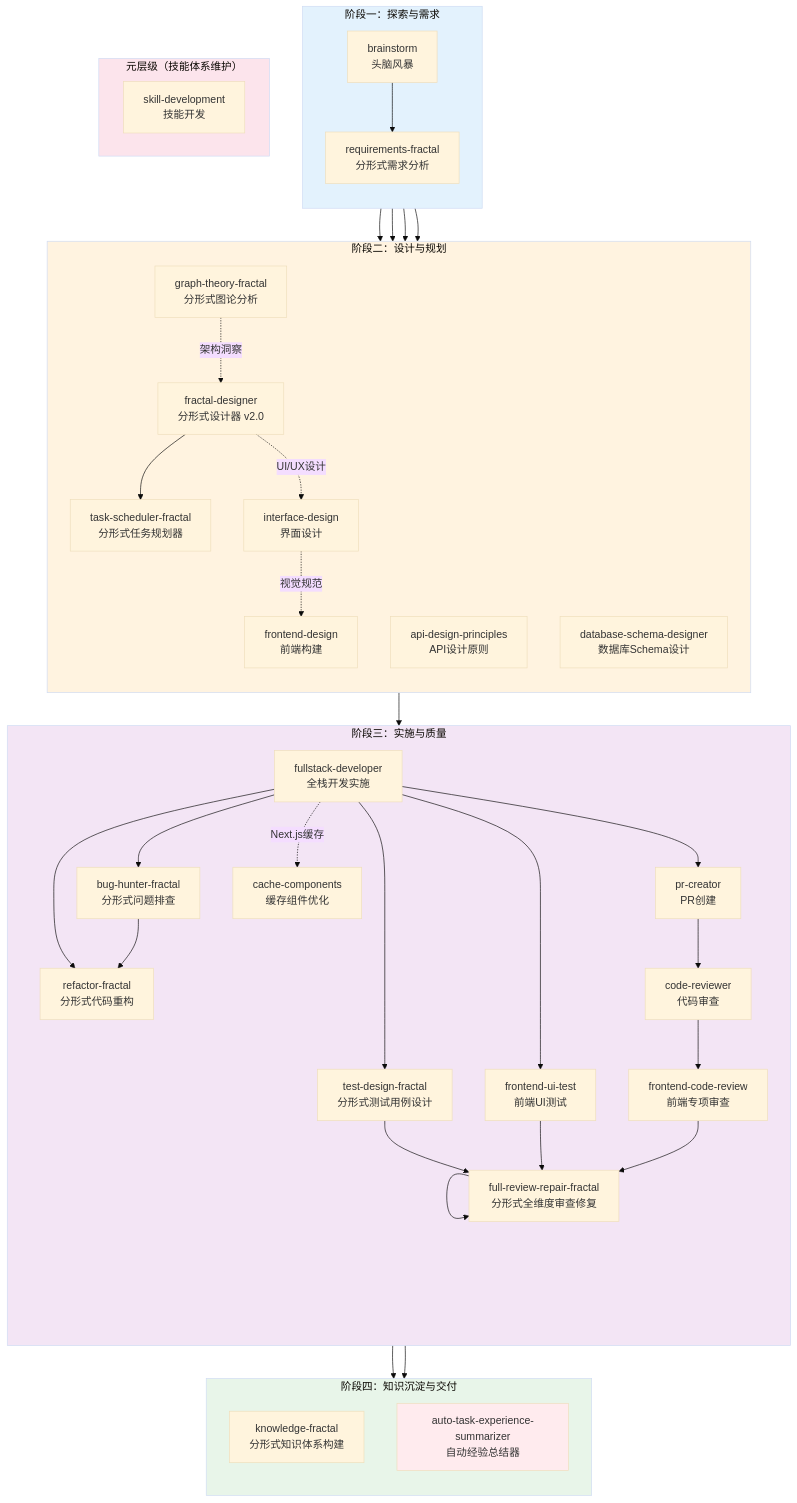
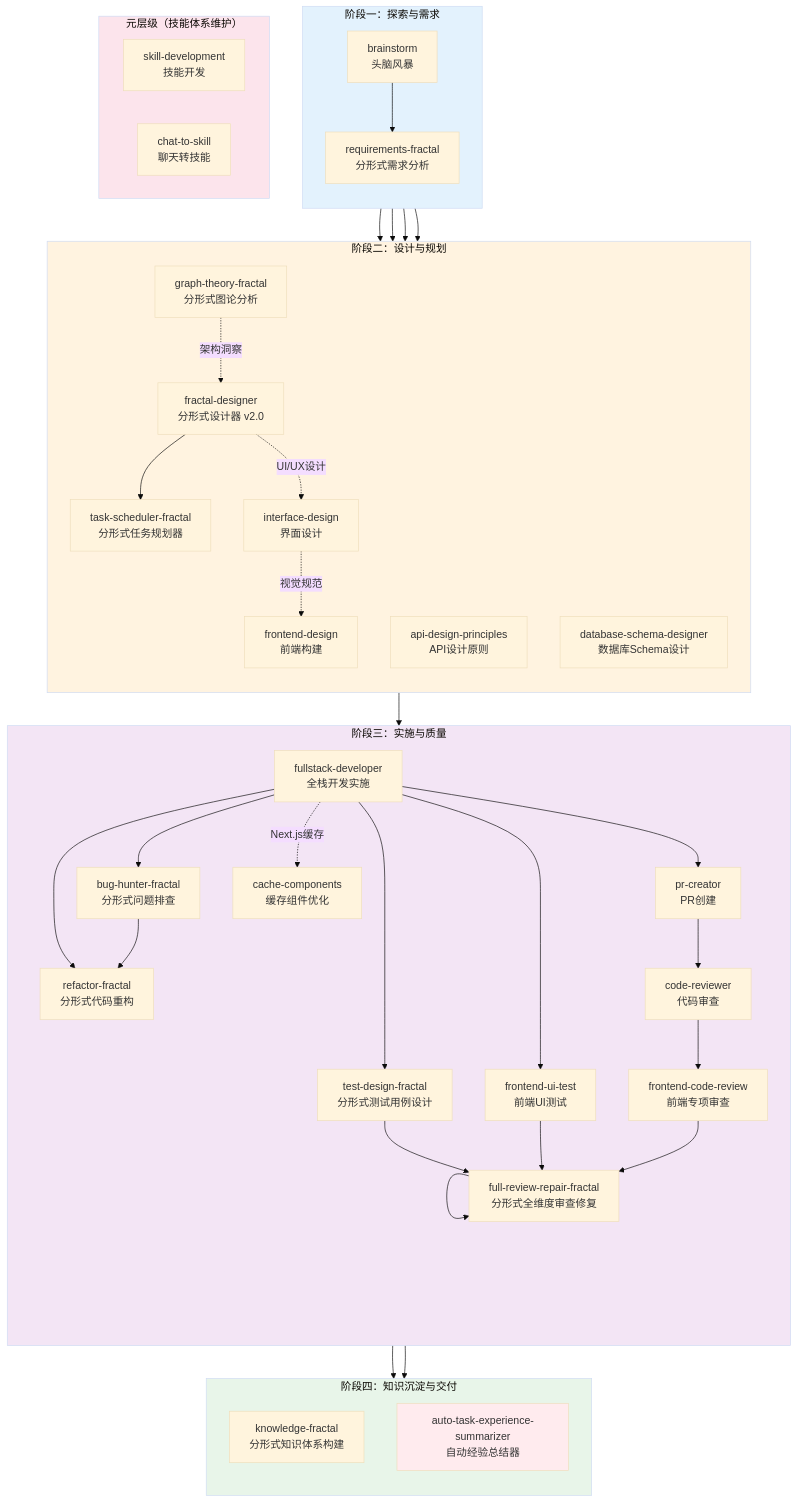
One commit to supergameboy/TRAE-NEWBEE changed the diagram in skills/SKILL-SYSTEM-OVERVIEW.md. Above: the diagram before and after it, drawn with Mermaid (base theme). The commit also changed other lines of this file and 7 other files, not shown here.

````diff
--- a/skills/SKILL-SYSTEM-OVERVIEW.md
+++ b/skills/SKILL-SYSTEM-OVERVIEW.md
@@ -7,55 +7,56 @@
 ```mermaid
 flowchart TB
     subgraph Phase1["阶段一：探索与需求"]
         direction TB
         BS["brainstorm<br/>头脑风暴"] --> RF["requirements-fractal<br/>分形式需求分析"]
     end
 
     subgraph Phase2["阶段二：设计与规划"]
         direction TB
         RF --> FD["fractal-designer<br/>分形式设计器 v2.0"]
         RF --> GT["graph-theory-fractal<br/>分形式图论分析"]
         RF --> API["api-design-principles<br/>API设计原则"]
         RF --> DB["database-schema-designer<br/>数据库Schema设计"]
         FD --> TS["task-scheduler-fractal<br/>分形式任务规划器"]
         GT -.->|架构洞察| FD
         FD -.->|UI/UX设计| ID["interface-design<br/>界面设计"]
         ID -.->|视觉规范| FED["frontend-design<br/>前端构建"]
     end
 
     subgraph Phase3["阶段三：实施与质量"]
         direction TB
         TS --> DEV["fullstack-developer<br/>全栈开发实施"]
         DEV --> BH["bug-hunter-fractal<br/>分形式问题排查"]
         DEV --> RR["refactor-fractal<br/>分形式代码重构"]
         BH --> RR
         DEV --> TD["test-design-fractal<br/>分形式测试用例设计"]
         DEV --> FUT["frontend-ui-test<br/>前端UI测试"]
         DEV --> PR["pr-creator<br/>PR创建"]
         TD --> FRR["full-review-repair-fractal<br/>分形式全维度审查修复"]
         FUT --> FRR
         PR --> CR["code-reviewer<br/>代码审查"]
         CR --> FCR["frontend-code-review<br/>前端专项审查"]
         FCR --> FRR
         FRR --> FRR
         DEV -.->|Next.js缓存| CC["cache-components<br/>缓存组件优化"]
     end
 
     subgraph Phase4["阶段四：知识沉淀与交付"]
         direction TB
         FRR --> KF["knowledge-fractal<br/>分形式知识体系构建"]
         DEV --> KF
         ATS["auto-task-experience-summarizer<br/>自动经验总结器"]
     end
 
     subgraph Meta["元层级（技能体系维护）"]
         SD["skill-development<br/>技能开发"]
+        CTS["chat-to-skill<br/>聊天转技能"]
     end
 
     style Phase1 fill:#e3f2fd
     style Phase2 fill:#fff3e0
     style Phase3 fill:#f3e5f5
     style Phase4 fill:#e8f5e9
     style Meta fill:#fce4ec
     style ATS fill:#ffebee
 ```
````
